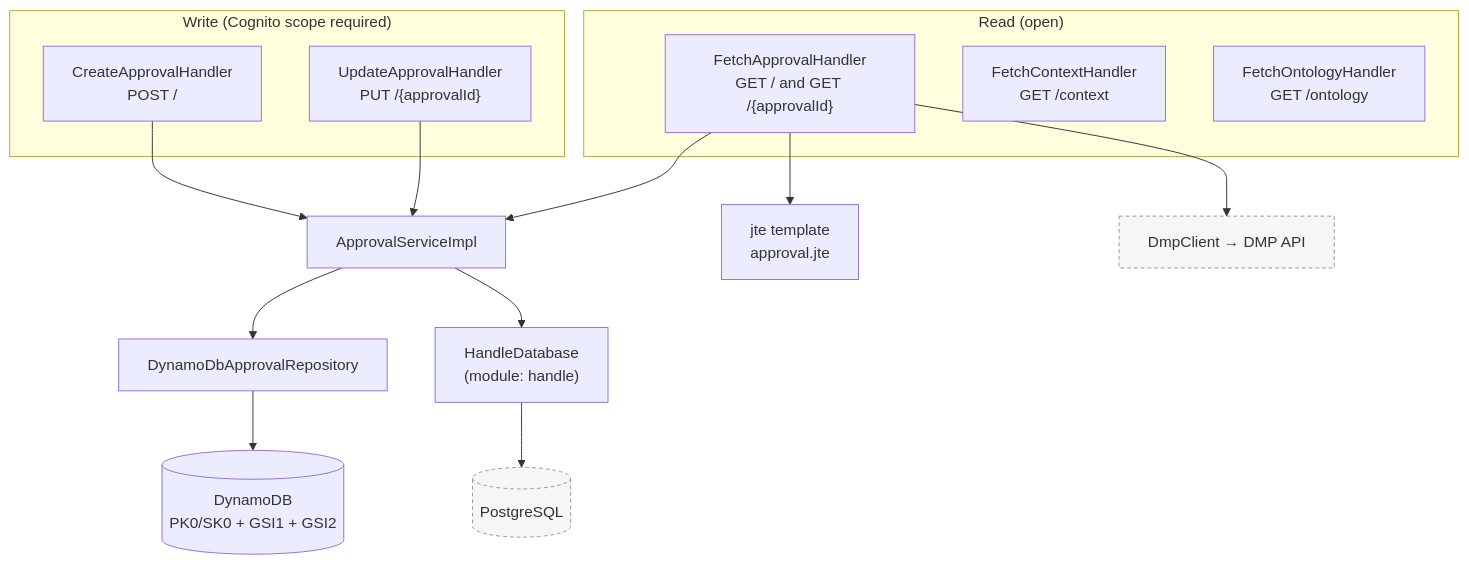
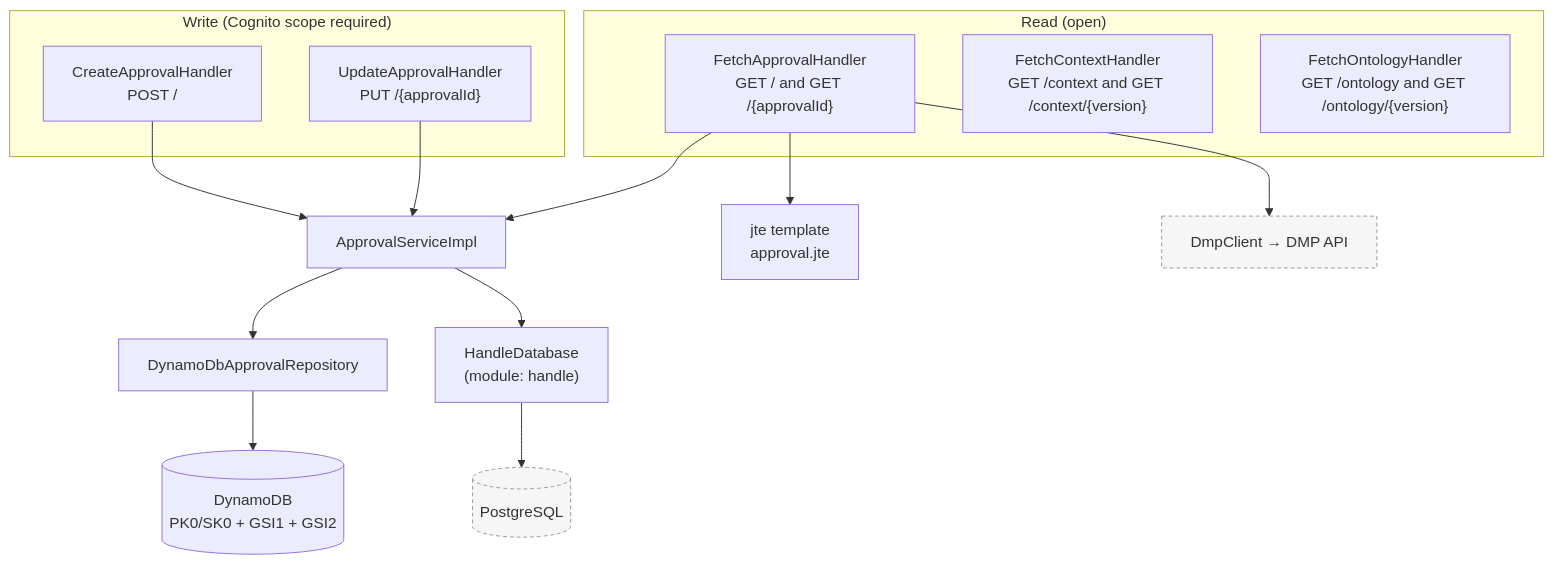
Before and after one commit to BIBSYSDEV/nva-handle-service: the first of 3 diagrams in approvals/README.md, drawn with Mermaid. The commit also changed other lines of this file and 17 other files, not shown here.

First line of the commit message:
feat(approvals): version ontology and json-ld context (#84)

````diff
--- a/approvals/README.md
+++ b/approvals/README.md
@@ -12,28 +12,28 @@
 ```mermaid
 flowchart TB
     subgraph write["Write (Cognito scope required)"]
         CA["CreateApprovalHandler<br/>POST /"]
         UA["UpdateApprovalHandler<br/>PUT /{approvalId}"]
     end
 
     subgraph read["Read (open)"]
         FA["FetchApprovalHandler<br/>GET / and GET /{approvalId}"]
-        FC["FetchContextHandler<br/>GET /context"]
-        FO["FetchOntologyHandler<br/>GET /ontology"]
+        FC["FetchContextHandler<br/>GET /context and GET /context/{version}"]
+        FO["FetchOntologyHandler<br/>GET /ontology and GET /ontology/{version}"]
     end
 
     CA --> SVC["ApprovalServiceImpl"]
     UA --> SVC
     FA --> SVC
 
     SVC --> REPO["DynamoDbApprovalRepository"]
     SVC --> HDB["HandleDatabase<br/>(module: handle)"]
     HDB --> PG[("PostgreSQL")]
     REPO --> DDB[("DynamoDB<br/>PK0/SK0 + GSI1 + GSI2")]
 
     FA --> JTE["jte template<br/>approval.jte"]
     FA --> DMP["DmpClient → DMP API"]
 
     classDef ext fill:#f6f6f6,stroke:#999,stroke-dasharray: 4 3
     class PG,DMP ext
 ```
````
